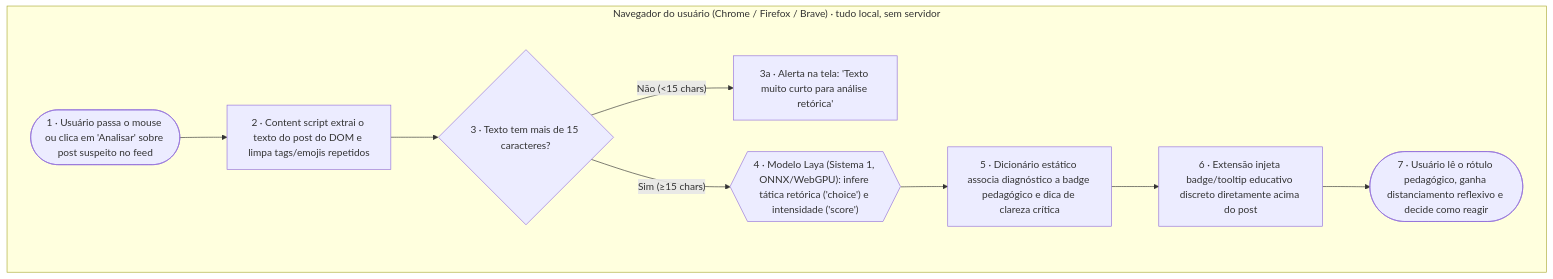
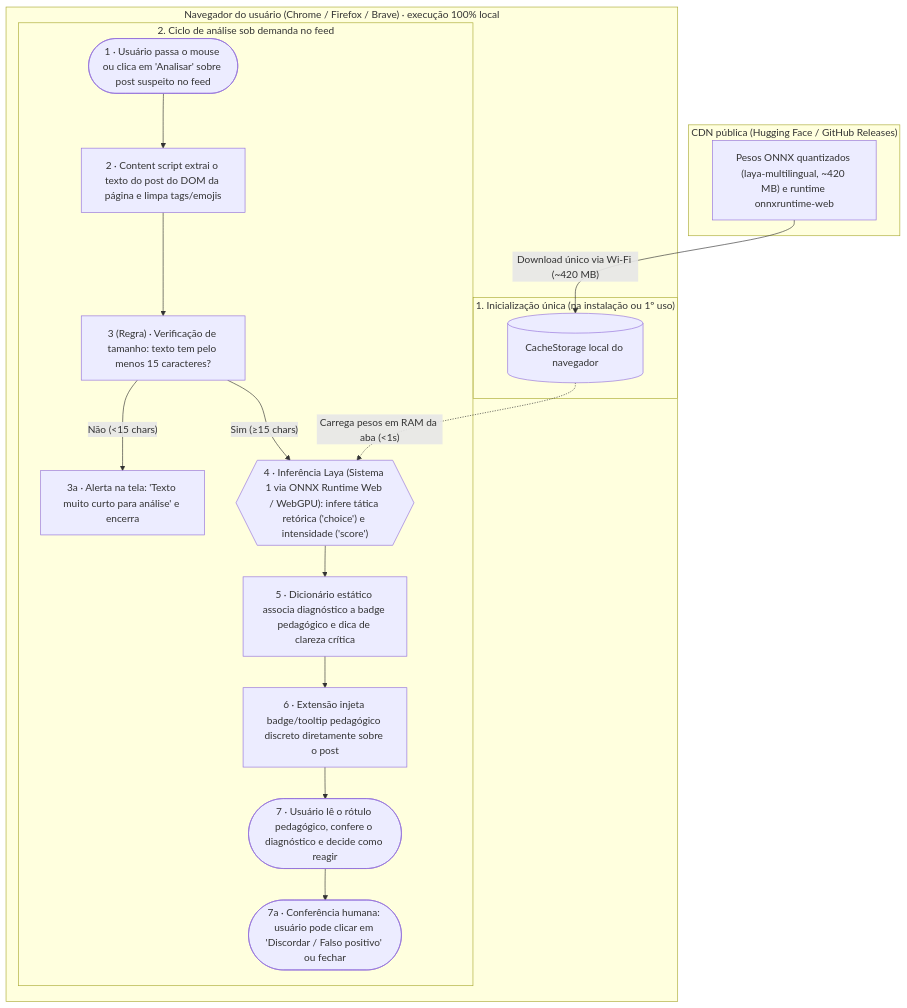
Before and after one commit to ViniSnoop/AI4good: the diagram in arquitetura.md, drawn with Mermaid. The commit also changed other lines of this file and 1 other file, not shown here.

Commit message:
flx: incorporar apontamentos da auditoria cética, ajustar memória, fluxos e colar veredito no § 5

````diff
--- a/arquitetura.md
+++ b/arquitetura.md
@@ -8,21 +8,35 @@
 ```mermaid
 flowchart TD
-    subgraph NAV["Navegador do usuário (Chrome / Firefox / Brave) · tudo local, sem servidor"]
-        A(["1 · Usuário passa o mouse ou clica em 'Analisar' sobre post suspeito no feed"])
-        B["2 · Content script extrai o texto do post do DOM e limpa tags/emojis repetidos"]
-        C{"3 · Texto tem mais de 15 caracteres?"}
-        C_NAO["3a · Alerta na tela: 'Texto muito curto para análise retórica'"]
-        D{{"4 · Modelo Laya (Sistema 1, ONNX/WebGPU): infere tática retórica ('choice') e intensidade ('score')"}}
-        E["5 · Dicionário estático associa diagnóstico a badge pedagógico e dica de clareza crítica"]
-        F["6 · Extensão injeta badge/tooltip educativo discreto diretamente acima do post"]
-        G(["7 · Usuário lê o rótulo pedagógico, ganha distanciamento reflexivo e decide como reagir"])
+    subgraph CDN["CDN pública (Hugging Face / GitHub Releases)"]
+        DEP["Pesos ONNX quantizados (laya-multilingual, ~420 MB) e runtime onnxruntime-web"]
     end
 
+    subgraph NAV["Navegador do usuário (Chrome / Firefox / Brave) · execução 100% local"]
+        subgraph INSTALACAO["1. Inicialização única (na instalação ou 1º uso)"]
+            CACHE[("CacheStorage local do navegador")]
+            DEP -- "Download único via Wi-Fi (~420 MB)" --> CACHE
+        end
+
+        subgraph FLUXO["2. Ciclo de análise sob demanda no feed"]
+            A(["1 · Usuário passa o mouse ou clica em 'Analisar' sobre post suspeito no feed"])
+            B["2 · Content script extrai o texto do post do DOM da página e limpa tags/emojis"]
+            C["3 (Regra) · Verificação de tamanho: texto tem pelo menos 15 caracteres?"]
+            C_NAO["3a · Alerta na tela: 'Texto muito curto para análise' e encerra"]
+            D{{"4 · Inferência Laya (Sistema 1 via ONNX Runtime Web / WebGPU): infere tática retórica ('choice') e intensidade ('score')"}}
+            E["5 · Dicionário estático associa diagnóstico a badge pedagógico e dica de clareza crítica"]
+            F["6 · Extensão injeta badge/tooltip pedagógico discreto diretamente sobre o post"]
+            G(["7 · Usuário lê o rótulo pedagógico, confere o diagnóstico e decide como reagir"])
+            H(["7a · Conferência humana: usuário pode clicar em 'Discordar / Falso positivo' ou fechar"])
+        end
+    end
+
+    CACHE -. "Carrega pesos em RAM da aba (<1s)" .-> D
     A --> B
     B --> C
     C -- "Não (<15 chars)" --> C_NAO
     C -- "Sim (≥15 chars)" --> D
     D --> E
     E --> F
     F --> G
+    G --> H
 ```
````
